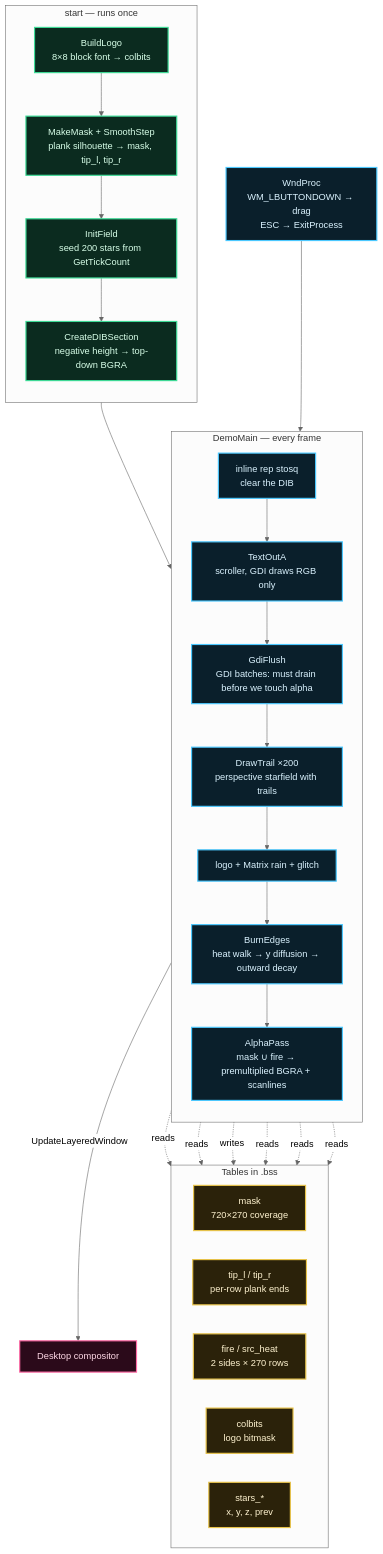
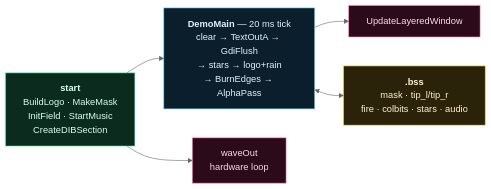
One commit to fredgis/introfredgis changed the diagram in README.md. Above: the diagram before and after it, drawn with Mermaid (neutral theme). The commit also changed other lines of this file and 9 other files, not shown here.

````diff
--- a/README.md
+++ b/README.md
@@ -66,51 +71,21 @@
 ```mermaid
-flowchart TB
-    subgraph BOOT["start — runs once"]
-        direction TB
-        B1["BuildLogo<br/>8×8 block font → colbits"]
-        B2["MakeMask + SmoothStep<br/>plank silhouette → mask, tip_l, tip_r"]
-        B3["InitField<br/>seed 200 stars from GetTickCount"]
-        B4["CreateDIBSection<br/>negative height → top-down BGRA"]
-        B1 --> B2 --> B3 --> B4
-    end
+flowchart LR
+    A["<b>start</b><br/>BuildLogo · MakeMask<br/>InitField · StartMusic<br/>CreateDIBSection"]
+    B["<b>DemoMain</b> — 20 ms tick<br/>clear → TextOutA → GdiFlush<br/>→ stars → logo+rain<br/>→ BurnEdges → AlphaPass"]
+    C["<b>.bss</b><br/>mask · tip_l/tip_r<br/>fire · colbits · stars · audio"]
+    D["UpdateLayeredWindow"]
+    E["waveOut<br/>hardware loop"]
 
-    subgraph FRAME["DemoMain — every frame"]
-        direction TB
-        F1["inline rep stosq<br/>clear the DIB"]
-        F2["TextOutA<br/>scroller, GDI draws RGB only"]
-        F3["GdiFlush<br/>GDI batches: must drain before we touch alpha"]
-        F4["DrawTrail ×200<br/>perspective starfield with trails"]
-        F5["logo + Matrix rain + glitch"]
-        F6["BurnEdges<br/>heat walk → y diffusion → outward decay"]
-        F7["AlphaPass<br/>mask ∪ fire → premultiplied BGRA + scanlines"]
-        F1 --> F2 --> F3 --> F4 --> F5 --> F6 --> F7
-    end
+    A --> B --> D
+    A --> E
+    B <--> C
 
-    subgraph DATA["Tables in .bss"]
-        direction LR
-        D1["mask<br/>720×270 coverage"]
-        D2["tip_l / tip_r<br/>per-row plank ends"]
-        D3["fire / src_heat<br/>2 sides × 270 rows"]
-        D4["colbits<br/>logo bitmask"]
-        D5["stars_*<br/>x, y, z, prev"]
-    end
-
-    BOOT --> FRAME
-    FRAME -->|"UpdateLayeredWindow"| OUT["Desktop compositor"]
-    F7 -.reads.-> D1
-    F6 -.reads.-> D2
-    F6 -.writes.-> D3
-    F7 -.reads.-> D3
-    F5 -.reads.-> D4
-    F4 -.reads.-> D5
-    WP["WndProc<br/>WM_LBUTTONDOWN → drag<br/>ESC → ExitProcess"] --> FRAME
-
-    classDef boot fill:#0b2b1f,stroke:#3ddc97,stroke-width:2px,color:#d8ffe9
-    classDef frame fill:#0a1f2b,stroke:#4bc8ff,stroke-width:2px,color:#dbf3ff
-    classDef data fill:#2b220a,stroke:#e8c34a,stroke-width:2px,color:#fff3d0
-    classDef out fill:#2b0a1a,stroke:#ff6ba6,stroke-width:2px,color:#ffd9e7
-    class B1,B2,B3,B4 boot
-    class F1,F2,F3,F4,F5,F6,F7,WP frame
-    class D1,D2,D3,D4,D5 data
-    class OUT out
+    classDef a fill:#0b2b1f,stroke:#3ddc97,color:#d8ffe9
+    classDef b fill:#0a1f2b,stroke:#4bc8ff,color:#dbf3ff
+    classDef c fill:#2b220a,stroke:#e8c34a,color:#fff3d0
+    classDef d fill:#2b0a1a,stroke:#ff6ba6,color:#ffd9e7
+    class A a
+    class B b
+    class C c
+    class D,E d
 ```
````
